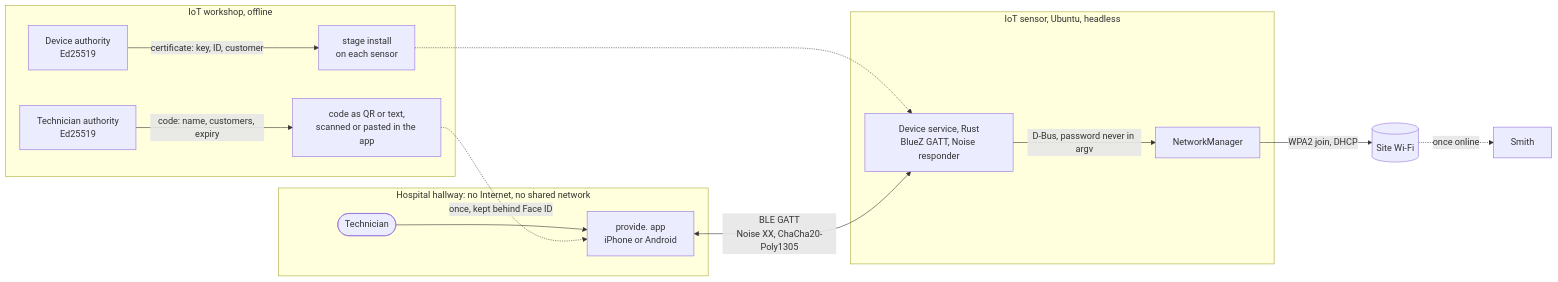
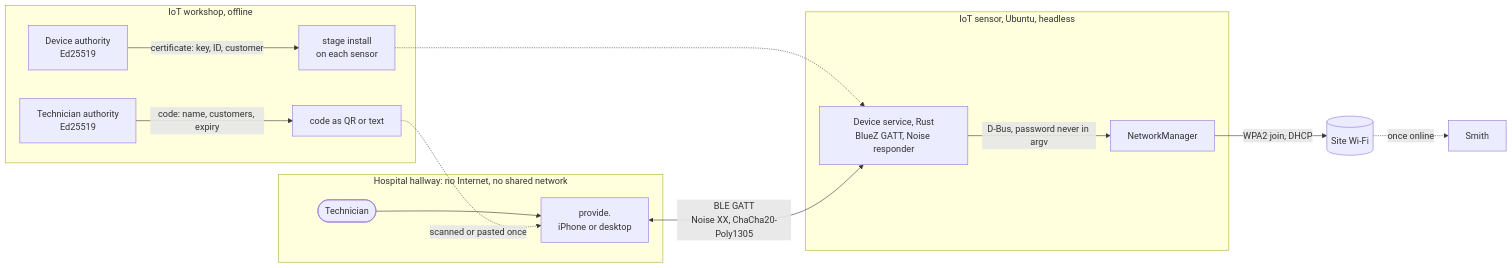
Before and after one commit to NoeBrt/Teton-Provide: the first of 3 diagrams in docs/ARCHITECTURE.md, drawn with Mermaid. The commit also changed other lines of this file and 8 other files, not shown here.

First line of the commit message:
docs: README tech stack, architecture, security, tests, test setup

````diff
--- a/docs/ARCHITECTURE.md
+++ b/docs/ARCHITECTURE.md
@@ -22,18 +52,18 @@
 ```mermaid
 flowchart LR
     subgraph iot["IoT workshop, offline"]
         da["Device authority<br/>Ed25519"] -->|"certificate: key, ID, customer"| stage["stage install<br/>on each sensor"]
-        ta["Technician authority<br/>Ed25519"] -->|"code: name, customers, expiry"| code["code as QR or text,<br/>scanned or pasted in the app"]
+        ta["Technician authority<br/>Ed25519"] -->|"code: name, customers, expiry"| code["code as QR or text"]
     end
     subgraph device["IoT sensor, Ubuntu, headless"]
         svc["Device service, Rust<br/>BlueZ GATT, Noise responder"] -->|"D-Bus, password never in argv"| nm["NetworkManager"]
     end
     subgraph hallway["Hospital hallway: no Internet, no shared network"]
-        tech(["Technician"]) --> app["provide. app<br/>iPhone or Android"]
+        tech(["Technician"]) --> app["provide.<br/>iPhone or desktop"]
     end
     stage -.-> svc
-    code -.->|"once, kept behind Face ID"| app
+    code -.->|"scanned or pasted once"| app
     app <-->|"BLE GATT<br/>Noise XX, ChaCha20-Poly1305"| svc
     nm -->|"WPA2 join, DHCP"| ap[("Site Wi-Fi")]
     ap -.->|"once online"| smith["Smith"]
 ```
````
